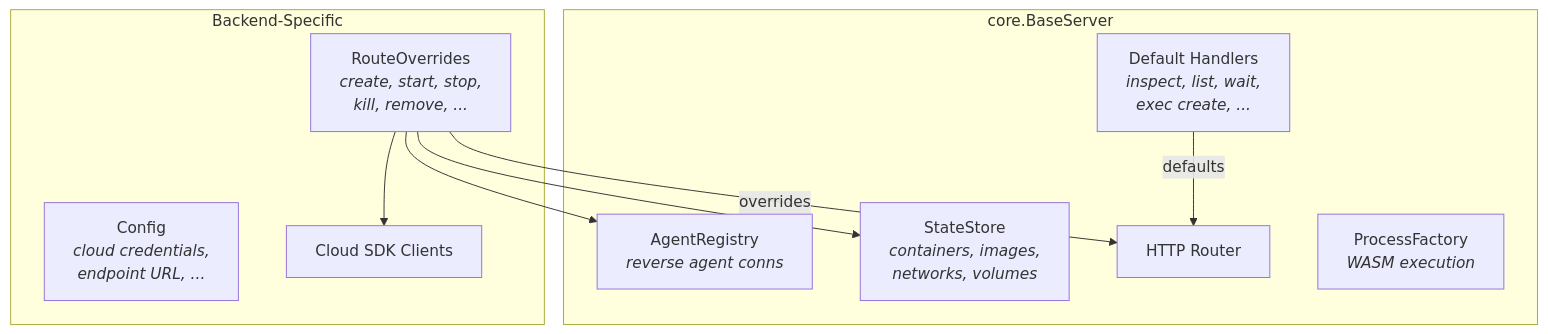
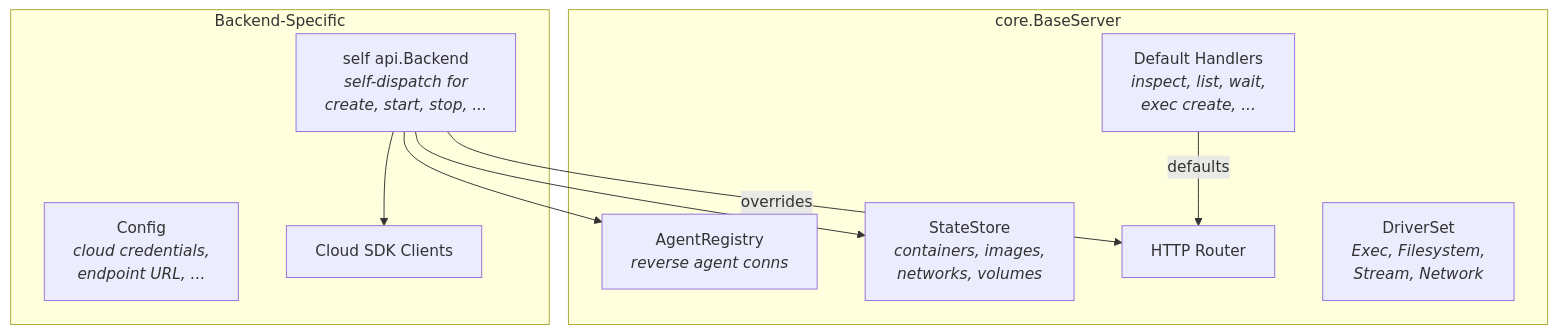
One commit to e6qu/sockerless changed the third of 13 diagrams in ARCHITECTURE.md. Above: the diagram before and after it, drawn with Mermaid. The commit also changed other lines of this file and 9 other files, not shown here.

First line of the commit message:
Remove WASM, memory backend, and synthetic driver references from docs (#94)

````diff
--- a/ARCHITECTURE.md
+++ b/ARCHITECTURE.md
@@ -89,22 +87,22 @@
 ```mermaid
 graph TB
     subgraph "core.BaseServer"
         MUX["HTTP Router"]
         STORE["StateStore<br/><i>containers, images,<br/>networks, volumes</i>"]
         REG["AgentRegistry<br/><i>reverse agent conns</i>"]
-        PF["ProcessFactory<br/><i>WASM execution</i>"]
+        DRV["DriverSet<br/><i>Exec, Filesystem,<br/>Stream, Network</i>"]
         DH["Default Handlers<br/><i>inspect, list, wait,<br/>exec create, ...</i>"]
     end
 
     subgraph "Backend-Specific"
-        OV["RouteOverrides<br/><i>create, start, stop,<br/>kill, remove, ...</i>"]
+        SELF["self api.Backend<br/><i>self-dispatch for<br/>create, start, stop, ...</i>"]
         CFG["Config<br/><i>cloud credentials,<br/>endpoint URL, ...</i>"]
         SDK2["Cloud SDK Clients"]
     end
 
-    OV -->|overrides| MUX
+    SELF -->|overrides| MUX
     DH -->|defaults| MUX
-    OV --> STORE
-    OV --> REG
-    OV --> SDK2
+    SELF --> STORE
+    SELF --> REG
+    SELF --> SDK2
 ```
````
